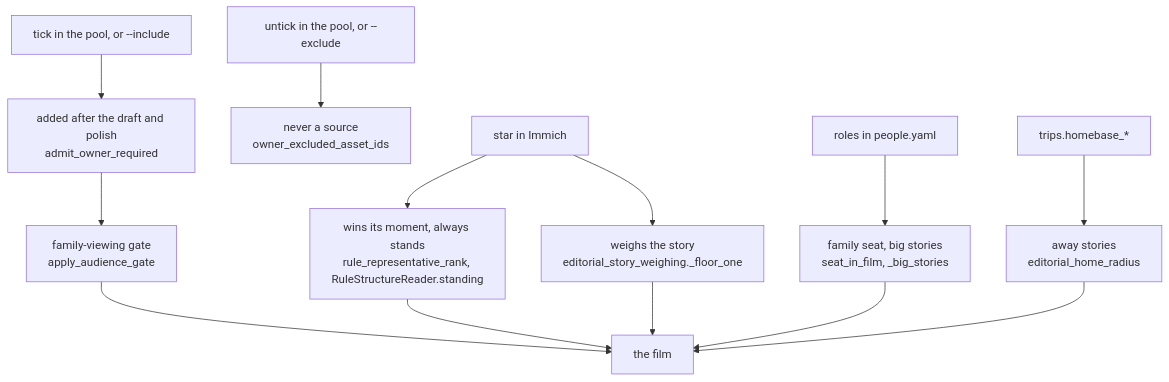
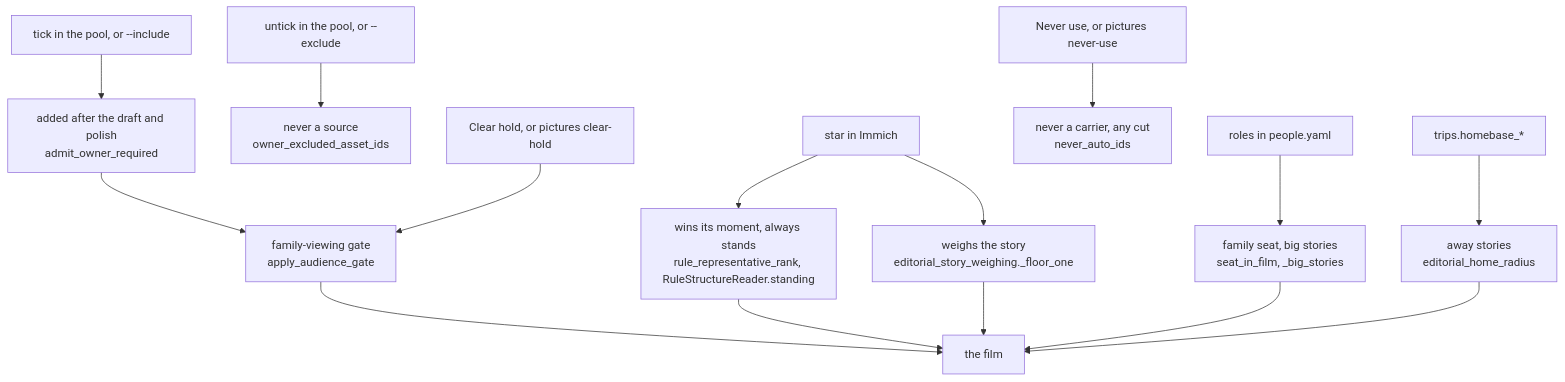
The diagram in docs-site/docs/how-it-chooses/overrule-it.md (sam-dumont/immich-video-memory-generator), drawn with Mermaid before and after one commit. The commit also changed other lines of this file and 30 other files, not shown here.

First line of the commit message:
feat(audience): clear a hold or never use a picture, from the pool, the storyboard and the CLI (#1324)

````diff
--- a/docs-site/docs/how-it-chooses/overrule-it.md
+++ b/docs-site/docs/how-it-chooses/overrule-it.md
@@ -19,15 +19,17 @@
 ```mermaid
 flowchart TD
   star["star in Immich"] --> rank["wins its moment, always stands<br/>rule_representative_rank, RuleStructureReader.standing"]
   star --> weight["weighs the story<br/>editorial_story_weighing._floor_one"]
   untick["untick in the pool, or --exclude"] --> source["never a source<br/>owner_excluded_asset_ids"]
   tick["tick in the pool, or --include"] --> req["added after the draft and polish<br/>admit_owner_required"]
   req --> gate["family-viewing gate<br/>apply_audience_gate"]
+  clear["Clear hold, or pictures clear-hold"] --> gate
+  never["Never use, or pictures never-use"] --> out["never a carrier, any cut<br/>never_auto_ids"]
   people["roles in people.yaml"] --> seat["family seat, big stories<br/>seat_in_film, _big_stories"]
   home["trips.homebase_*"] --> away["away stories<br/>editorial_home_radius"]
   gate --> film["the film"]
   rank --> film
   weight --> film
   seat --> film
   away --> film
 ```
````
